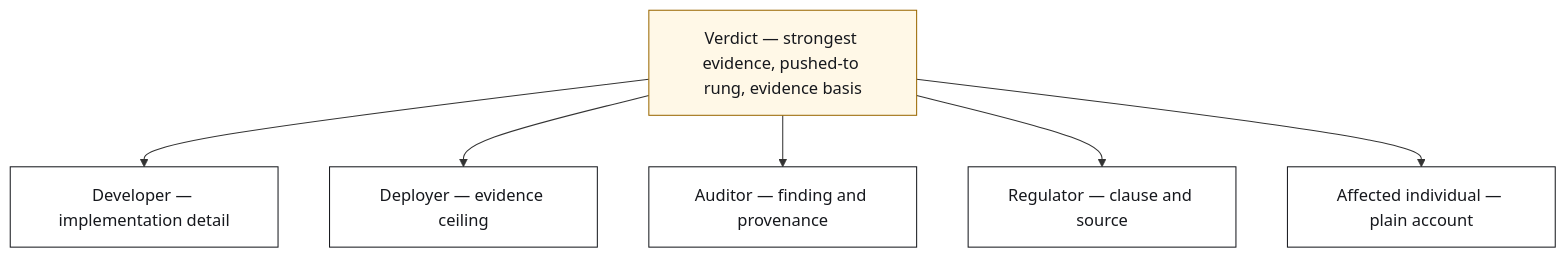
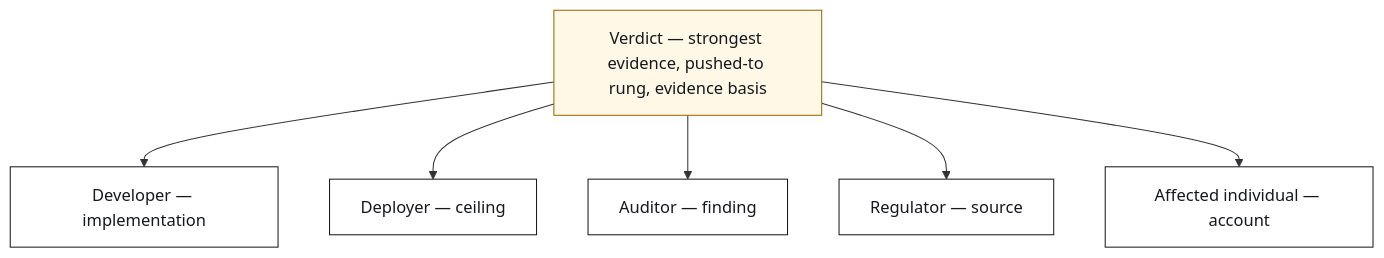
Before and after one commit to eduardstan/reasonsmith: the seventh of 7 diagrams in docs/architecture.md, drawn with Mermaid.

Commit message:
docs: keep reader projection diagram compact

````diff
--- a/docs/architecture.md
+++ b/docs/architecture.md
@@ -140,20 +140,20 @@
 ```mermaid
 flowchart TB
     verdict["Verdict — strongest evidence, pushed-to rung, evidence basis"]
-    developer["Developer — implementation detail"]
-    deployer["Deployer — evidence ceiling"]
-    auditor["Auditor — finding and provenance"]
-    regulator["Regulator — clause and source"]
-    individual["Affected individual — plain account"]
+    developer["Developer — implementation"]
+    deployer["Deployer — ceiling"]
+    auditor["Auditor — finding"]
+    regulator["Regulator — source"]
+    individual["Affected individual — account"]
 
     verdict --> developer
     verdict --> deployer
     verdict --> auditor
     verdict --> regulator
     verdict --> individual
 
     classDef outcome fill:#fff8e7,stroke:#9a6700,color:#16181d
     classDef audience fill:#ffffff,stroke:#16181d,color:#16181d
     class verdict outcome
     class developer,deployer,auditor,regulator,individual audience
 ```
````
